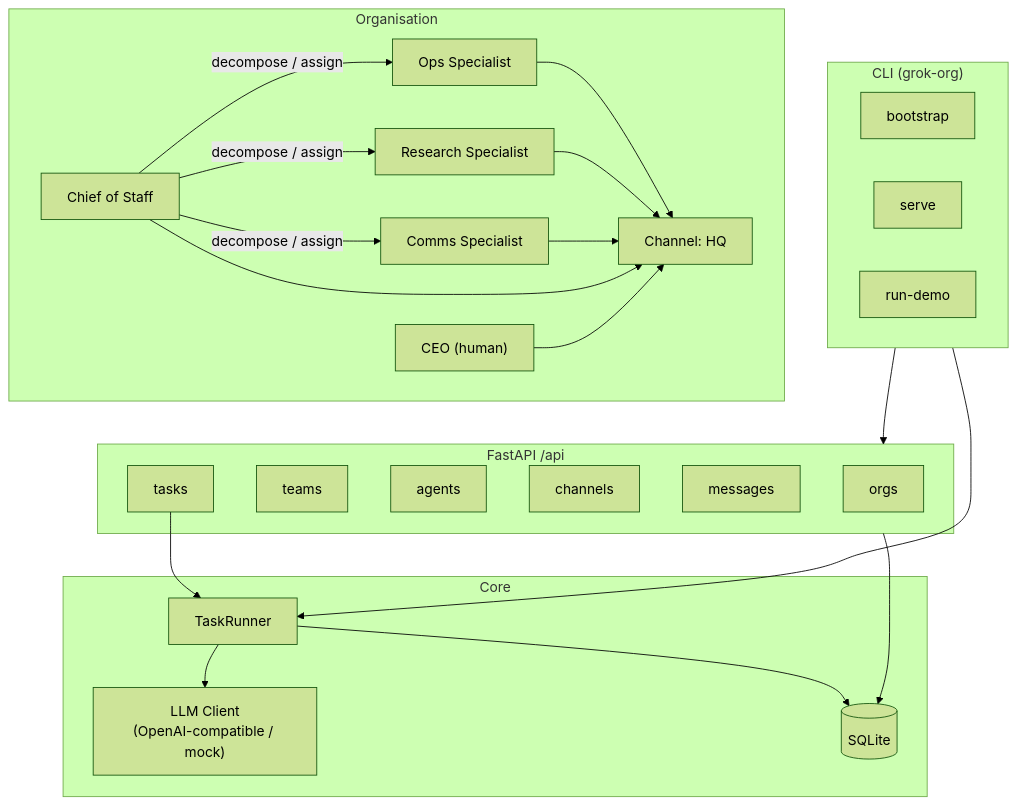
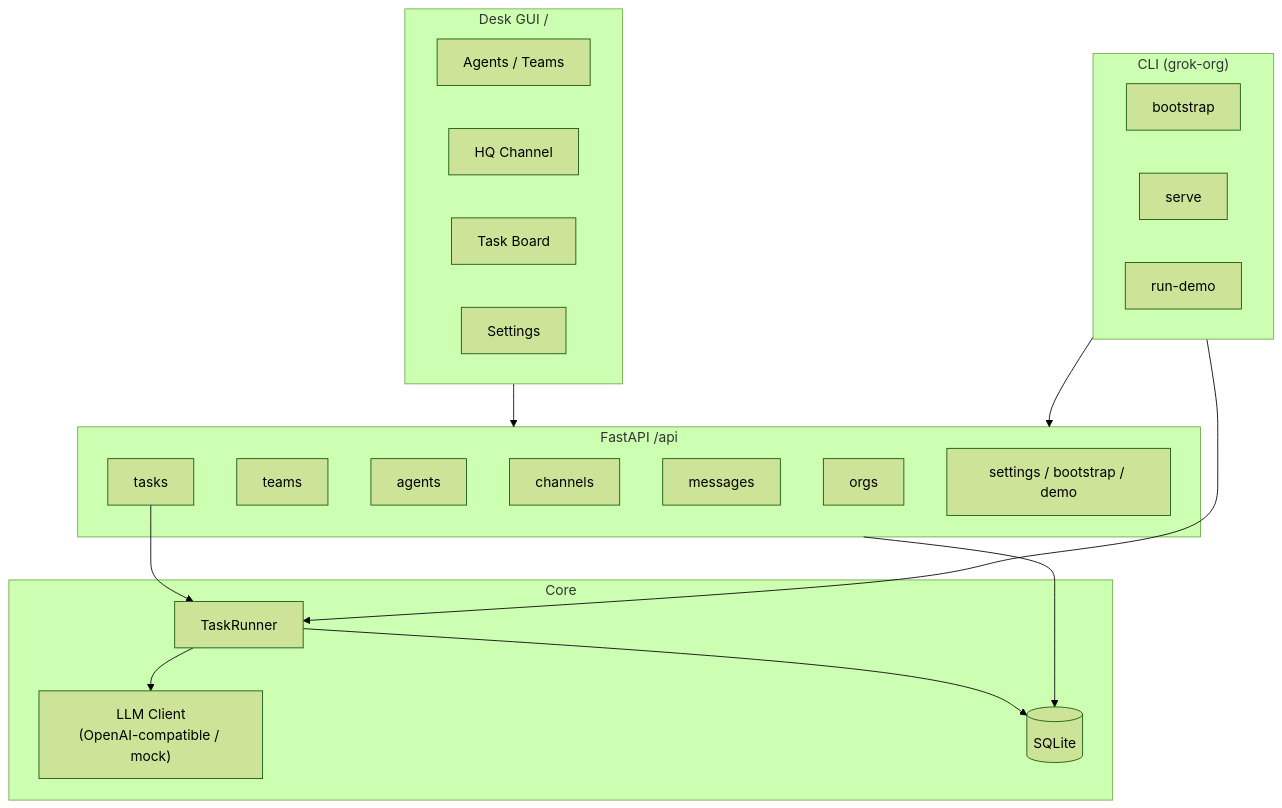
One commit to agarwal9316-jpg/Grok changed the diagram in README.md. Above: the diagram before and after it, drawn with Mermaid (forest theme). The commit also changed other lines of this file and 15 other files, not shown here.

First line of the commit message:
Add full desk GUI and portable Windows/Mac/Linux launchers

````diff
--- a/README.md
+++ b/README.md
@@ -37,47 +70,39 @@
 ```mermaid
 flowchart TB
+  subgraph UI["Desk GUI /"]
+    sidebar[Agents / Teams]
+    channel[HQ Channel]
+    tasks_ui[Task Board]
+    settings[Settings]
+  end
+
   subgraph CLI["CLI (grok-org)"]
     bootstrap
     serve
     run_demo["run-demo"]
   end
 
   subgraph API["FastAPI /api"]
     orgs
     teams
     agents
     channels
     messages
     tasks
+    system["settings / bootstrap / demo"]
   end
 
   subgraph Core["Core"]
     TaskRunner
     LLMClient["LLM Client\n(OpenAI-compatible / mock)"]
     SQLite[(SQLite)]
   end
 
-  subgraph Org["Organisation"]
-    CEO["CEO (human)"]
-    CoS["Chief of Staff"]
-    Ops["Ops Specialist"]
-    Research["Research Specialist"]
-    Comms["Comms Specialist"]
-    HQ["Channel: HQ"]
-  end
-
+  UI --> API
   CLI --> API
   CLI --> TaskRunner
   API --> SQLite
   TaskRunner --> LLMClient
   TaskRunner --> SQLite
   tasks --> TaskRunner
-  CoS -->|decompose / assign| Ops
-  CoS -->|decompose / assign| Research
-  CoS -->|decompose / assign| Comms
-  Ops --> HQ
-  Research --> HQ
-  Comms --> HQ
-  CoS --> HQ
-  CEO --> HQ
 ```
````
